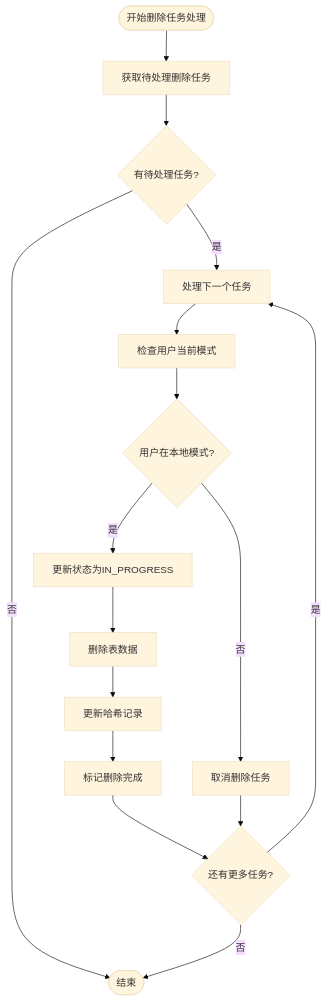
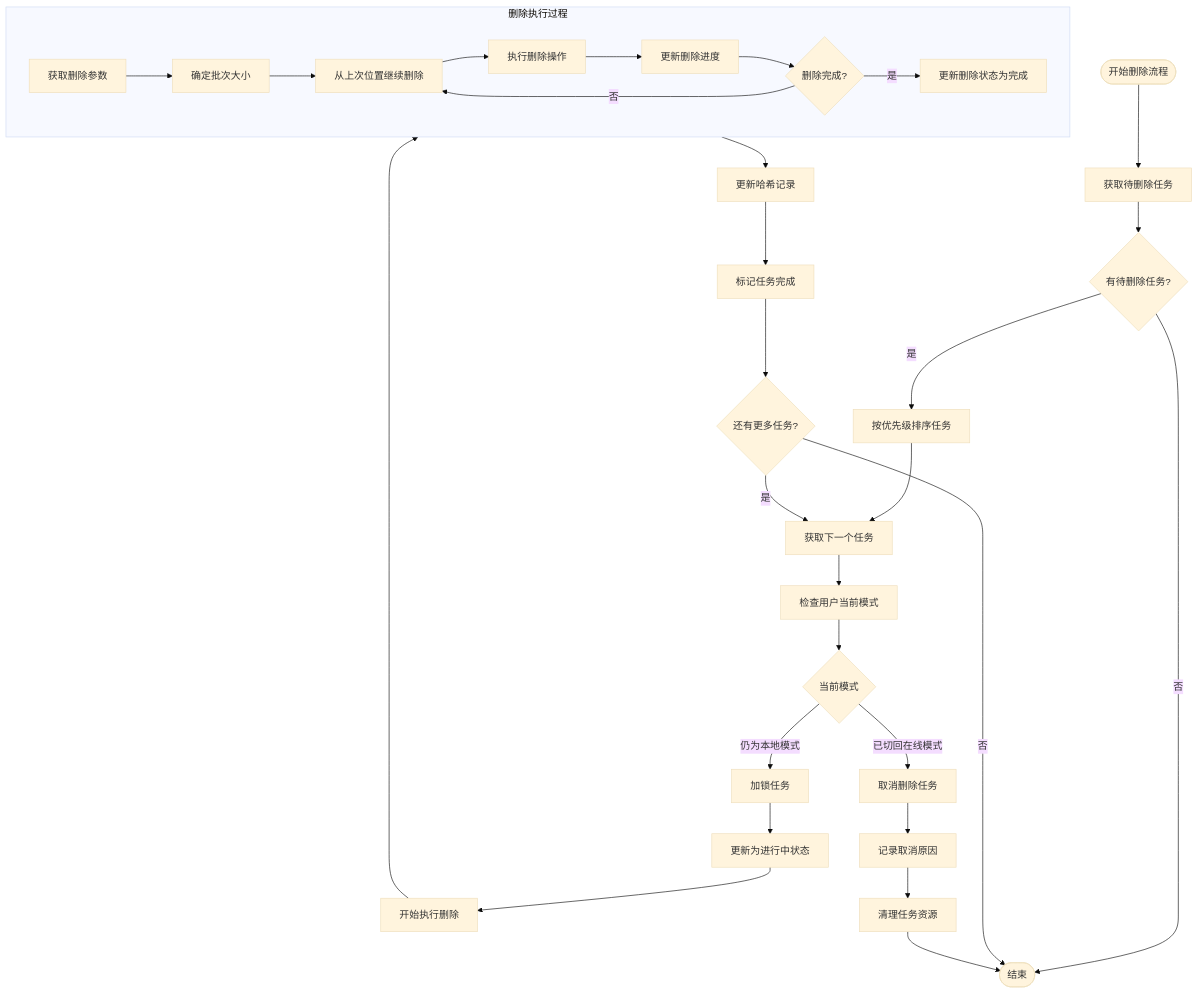
One commit to yingjianzh/iodraw-files changed the diagram in all/未命名-51.md. Above: the diagram before and after it, drawn with Mermaid (base theme).

Commit message:
2025-05-08 15:07:07 update

````diff
--- a/all/未命名-51.md
+++ b/all/未命名-51.md
@@ -1,24 +1,42 @@
 ```mermaid
 flowchart TD
-    Start([开始删除任务处理]) --> FetchPendingTasks[获取待处理删除任务]
-    FetchPendingTasks --> TasksExist{有待处理任务?}
+    Start([开始删除流程]) --> FetchTasks[获取待删除任务]
+    FetchTasks --> HasTasks{有待删除任务?}
     
-    TasksExist -->|否| End([结束])
-    TasksExist -->|是| ProcessNextTask[处理下一个任务]
+    HasTasks -->|否| End([结束])
+    HasTasks -->|是| PrioritizeTasks[按优先级排序任务]
     
-    ProcessNextTask --> CheckUserMode[检查用户当前模式]
-    CheckUserMode --> UserInLocalMode{用户在本地模式?}
+    PrioritizeTasks --> GetNextTask[获取下一个任务]
+    GetNextTask --> CheckUserMode[检查用户当前模式]
     
-    UserInLocalMode -->|否| CancelTask[取消删除任务]
-    UserInLocalMode -->|是| UpdateTaskStatus[更新状态为IN_PROGRESS]
+    CheckUserMode --> CurrentMode{当前模式}
+    CurrentMode -->|已切回在线模式| TaskCancel[取消删除任务]
+    CurrentMode -->|仍为本地模式| LockTask[加锁任务]
     
-    UpdateTaskStatus --> DeleteTableData[删除表数据]
-    DeleteTableData --> UpdateHashRecord[更新哈希记录]
-    UpdateHashRecord --> MarkDeletionComplete[标记删除完成]
+    LockTask --> UpdateStatus[更新为进行中状态]
+    UpdateStatus --> BeginDeletion[开始执行删除]
     
-    MarkDeletionComplete --> CheckMoreTasks{还有更多任务?}
-    CancelTask --> CheckMoreTasks
+    subgraph DeletionProcess [删除执行过程]
+        A[获取删除参数] --> B[确定批次大小]
+        B --> C[从上次位置继续删除]
+        C --> D[执行删除操作]
+        D --> E[更新删除进度]
+        E --> F{删除完成?}
+        F -->|否| C
+        F -->|是| G[更新删除状态为完成]
+    end
     
-    CheckMoreTasks -->|是| ProcessNextTask
+    BeginDeletion --> DeletionProcess
+    
+    DeletionProcess --> UpdateHashRecord[更新哈希记录]
+    UpdateHashRecord --> MarkCompleted[标记任务完成]
+    
+    TaskCancel --> LogCancellation[记录取消原因]
+    LogCancellation --> CleanupTask[清理任务资源]
+    
+    MarkCompleted --> CheckMoreTasks{还有更多任务?}
+    CheckMoreTasks -->|是| GetNextTask
     CheckMoreTasks -->|否| End
+    
+    CleanupTask --> End
 ```
````
